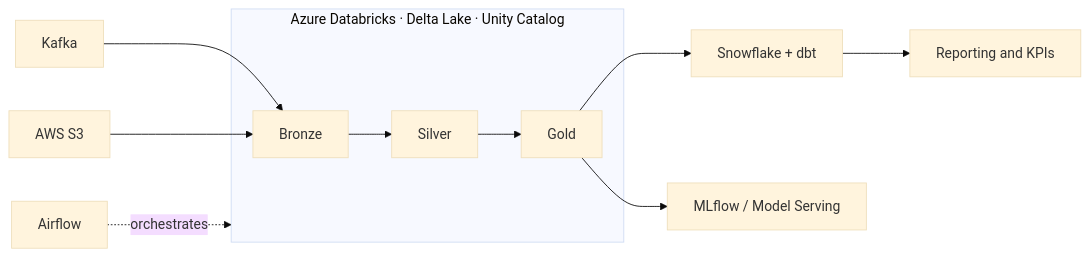
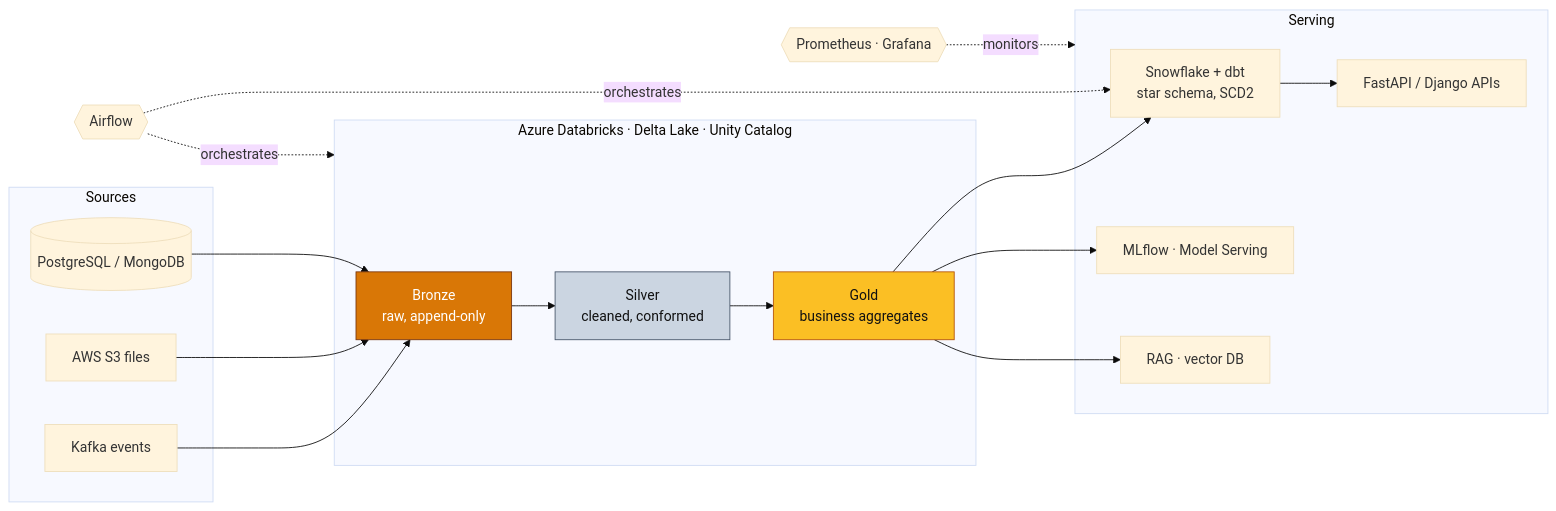
The diagram in README.md (Beru47/Beru47), drawn with Mermaid (base theme) before and after one commit. The commit also changed other lines of this file, not shown here.

Commit message:
Rewrite profile README: impact, architecture, stack, experience

````diff
--- a/README.md
+++ b/README.md
@@ -23,16 +78,34 @@
 ```mermaid
 flowchart LR
-    K[Kafka] --> B[Bronze]
-    S3[AWS S3] --> B
-    B --> SV[Silver]
-    SV --> G[Gold]
-    G --> SF[Snowflake + dbt]
-    G --> ML[MLflow / Model Serving]
-    SF --> R[Reporting and KPIs]
-    subgraph Databricks [Azure Databricks · Delta Lake · Unity Catalog]
-        B
-        SV
-        G
+    subgraph SRC[Sources]
+        K[Kafka events]
+        S3[AWS S3 files]
+        DB[(PostgreSQL / MongoDB)]
     end
-    AF[Airflow] -.orchestrates.-> Databricks
+    subgraph LH[Azure Databricks · Delta Lake · Unity Catalog]
+        B[Bronze<br/>raw, append-only] --> S[Silver<br/>cleaned, conformed] --> G[Gold<br/>business aggregates]
+    end
+    subgraph SERVE[Serving]
+        SF[Snowflake + dbt<br/>star schema, SCD2]
+        MS[MLflow · Model Serving]
+        API[FastAPI / Django APIs]
+        RAG[RAG · vector DB]
+    end
+    K --> B
+    S3 --> B
+    DB --> B
+    G --> SF
+    G --> MS
+    G --> RAG
+    SF --> API
+    AF{{Airflow}} -.orchestrates.-> LH
+    AF -.orchestrates.-> SF
+    OBS{{Prometheus · Grafana}} -.monitors.-> SERVE
+
+    classDef gold fill:#fbbf24,stroke:#b45309,color:#111;
+    classDef silver fill:#cbd5e1,stroke:#475569,color:#111;
+    classDef bronze fill:#d97706,stroke:#78350f,color:#fff;
+    class G gold;
+    class S silver;
+    class B bronze;
 ```
````
